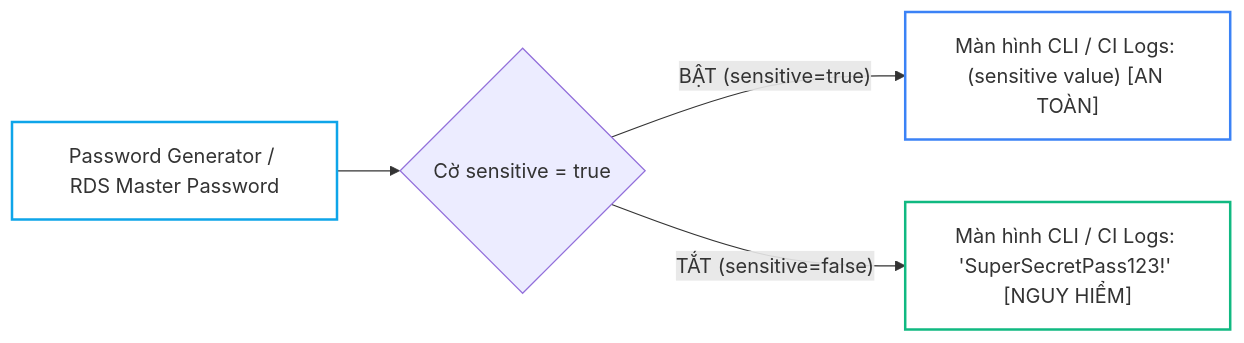
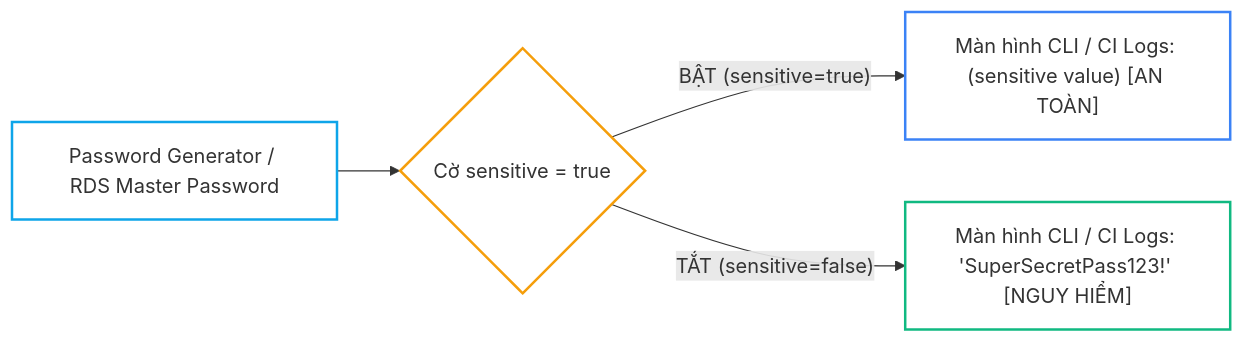
The second of 2 diagrams in _posts/2026-09-13-terraform-05-05-thiet-ke-variables-locals-outputs-chuan-enterprise.md (kiennt308/ntk), drawn with Mermaid before and after one commit. The commit also changed 3 other files, not shown here.

Commit message:
fix(mermaid): enforce zero solid fill for polygon decision nodes and update rule 5.1

````diff
--- a/_posts/2026-09-13-terraform-05-05-thiet-ke-variables-locals-outputs-chuan-enterprise.md
+++ b/_posts/2026-09-13-terraform-05-05-thiet-ke-variables-locals-outputs-chuan-enterprise.md
@@ -162,10 +162,11 @@
 ```mermaid
 flowchart LR
     SECRET["Password Generator / RDS Master Password"] --> MASK{"Cờ sensitive = true"}
     MASK -->|"BẬT (sensitive=true)"| CLI_SAFE["Màn hình CLI / CI Logs: (sensitive value) [AN TOÀN]"]
     MASK -->|"TẮT (sensitive=false)"| CLI_DANGER["Màn hình CLI / CI Logs: 'SuperSecretPass123!' [NGUY HIỂM]"]
 
     style CLI_SAFE fill:none,stroke:#3b82f6,stroke-width:2px
     style SECRET fill:none,stroke:#0ea5e9,stroke-width:2px
     style CLI_DANGER fill:none,stroke:#10b981,stroke-width:2px
+    style MASK fill:none,stroke:#f59e0b,stroke-width:2px
 ```
````
